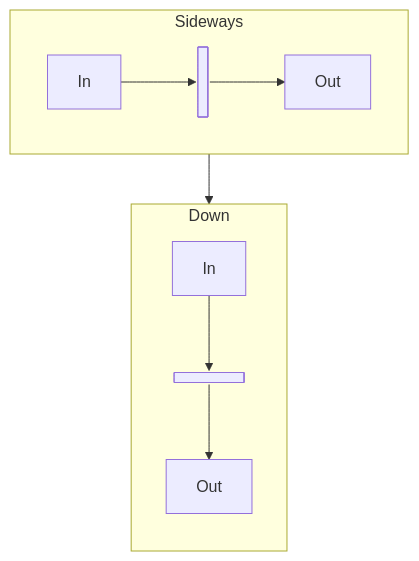
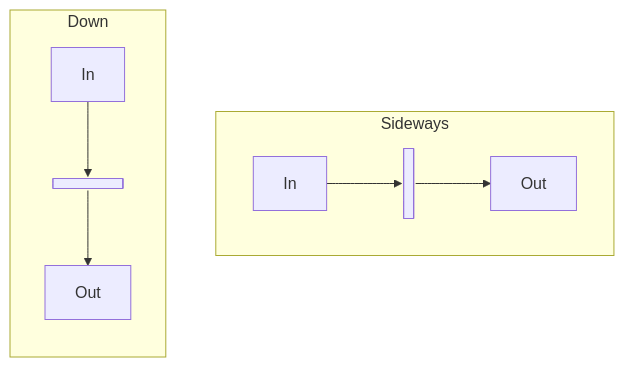
The diagram in e2e/diagrams/flowchart/baseline/shapes/fork-subgraph-direction.mmd (mermaid-js/mermaid-v13), drawn with Mermaid before and after one commit. The commit also changed other lines of this file and 1 other file, not shown here.

Commit message:
test(flowchart): drop the edge into the Down subgraph in two fork fixtures
fork-lr-down-subgraph.mmd loses `y --> c` and fork-subgraph-direction.mmd
loses `b --> c`, so no edge crosses the border of the subgraph whose own
direction the fixtures show (D604). flowchart-fork.spec.ts reads both
fixtures and still passes.

```diff
--- a/e2e/diagrams/flowchart/baseline/shapes/fork-subgraph-direction.mmd
+++ b/e2e/diagrams/flowchart/baseline/shapes/fork-subgraph-direction.mmd
@@ -1,13 +1,12 @@
 ---
 description: a fork follows the flow direction of its subgraph, not the diagram's (D604)
 ---
 flowchart TB
   subgraph side [Sideways]
     direction LR
     a[In] --> f@{ shape: fork } --> b[Out]
   end
   subgraph down [Down]
     direction TB
     c[In] --> g@{ shape: join } --> d[Out]
   end
-  b --> c
```
